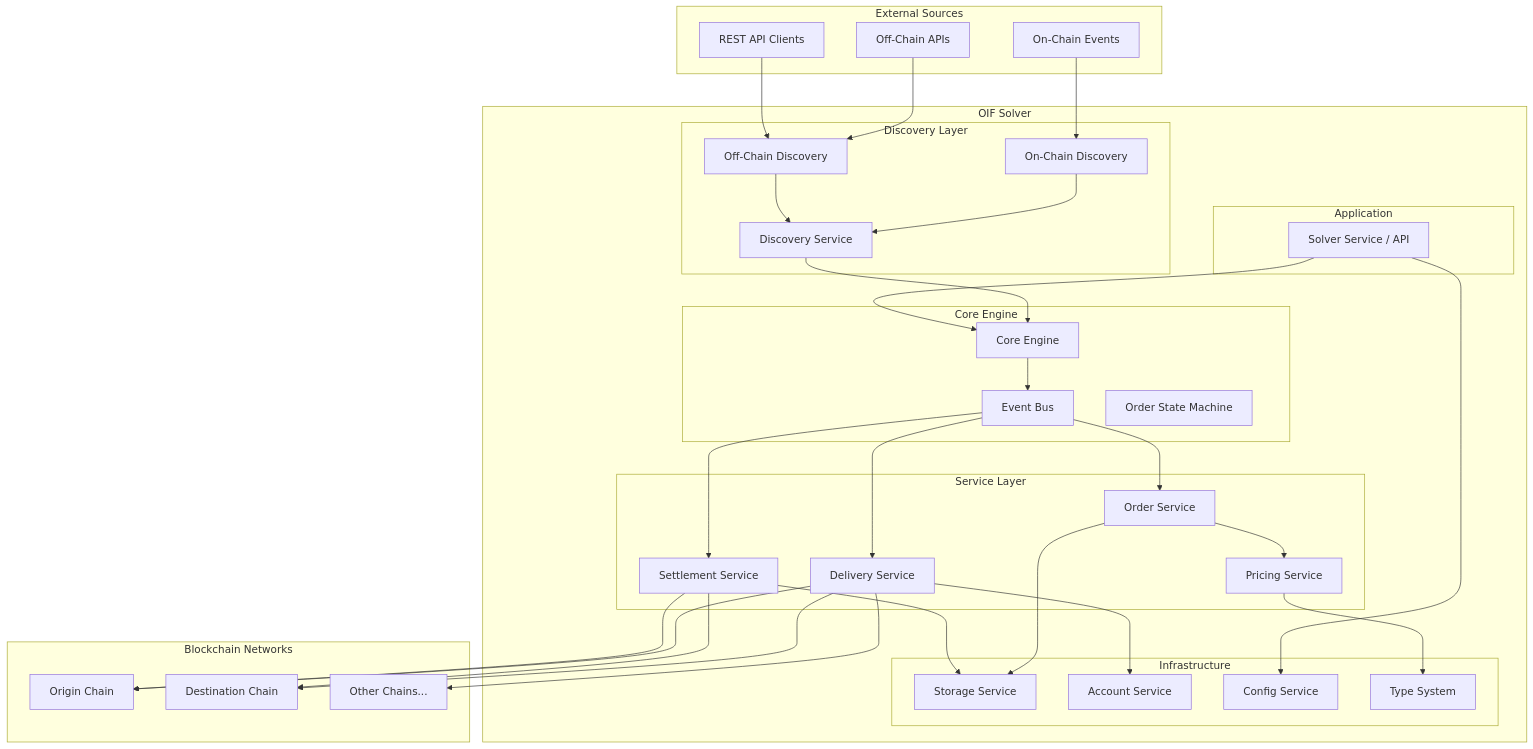
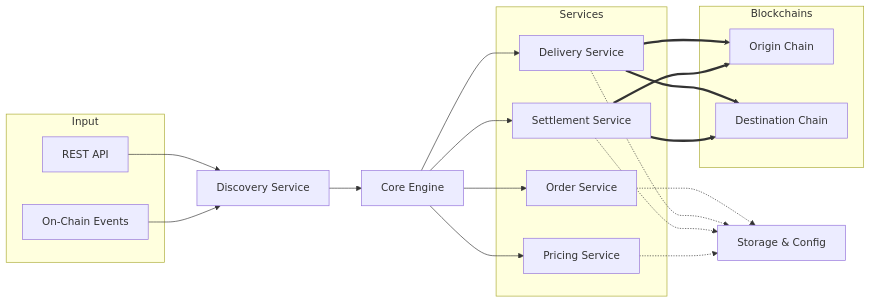
The first of 4 diagrams in content/docs/solvers/architecture.mdx (openintentsframework/oif-docs), drawn with Mermaid before and after one commit. The commit also changed 7 other files, not shown here.

````diff
--- a/content/docs/solvers/architecture.mdx
+++ b/content/docs/solvers/architecture.mdx
@@ -34,75 +34,42 @@
 ```mermaid
-graph TB
-    subgraph "External Sources"
-        OnChain[On-Chain Events]
-        OffChain[Off-Chain APIs]
-        RestAPI[REST API Clients]
+graph LR
+    subgraph "Input"
+        API[REST API]
+        Events[On-Chain Events]
     end
 
-    subgraph "OIF Solver"
-        subgraph "Discovery Layer"
-            DiscoveryService[Discovery Service]
-            OnChainDisc[On-Chain Discovery]
-            OffChainDisc[Off-Chain Discovery]
-        end
-
-        subgraph "Core Engine"
-            CoreEngine[Core Engine]
-            EventBus[Event Bus]
-            StateMachine[Order State Machine]
-        end
-
-        subgraph "Service Layer"
-            OrderService[Order Service]
-            DeliveryService[Delivery Service]
-            SettlementService[Settlement Service]
-            PricingService[Pricing Service]
-        end
-
-        subgraph "Infrastructure"
-            StorageService[Storage Service]
-            AccountService[Account Service]
-            ConfigService[Config Service]
-            TypeSystem[Type System]
-        end
-
-        subgraph "Application"
-            SolverService[Solver Service / API]
-        end
+    Discovery[Discovery Service]
+    Core[Core Engine]
+    
+    subgraph "Services"
+        Order[Order Service]
+        Delivery[Delivery Service]
+        Settlement[Settlement Service]
+        Pricing[Pricing Service]
+    end
+    
+    Storage[Storage & Config]
+    
+    subgraph "Blockchains"
+        Origin[Origin Chain]
+        Dest[Destination Chain]
     end
 
-    subgraph "Blockchain Networks"
-        OriginChain[Origin Chain]
-        DestChain[Destination Chain]
-        OtherChains[Other Chains...]
-    end
-
-    OnChain --> OnChainDisc
-    OffChain --> OffChainDisc
-    RestAPI --> OffChainDisc
-
-    OnChainDisc --> DiscoveryService
-    OffChainDisc --> DiscoveryService
-    DiscoveryService --> CoreEngine
-
-    CoreEngine --> EventBus
-    EventBus --> OrderService
-    EventBus --> DeliveryService
-    EventBus --> SettlementService
-
-    OrderService --> StorageService
-    OrderService --> PricingService
-    DeliveryService --> AccountService
-    SettlementService --> StorageService
-    PricingService --> TypeSystem
-
-    SolverService --> CoreEngine
-    SolverService --> ConfigService
-
-    DeliveryService --> OriginChain
-    DeliveryService --> DestChain
-    DeliveryService --> OtherChains
-
-    SettlementService --> OriginChain
-    SettlementService --> DestChain
+    API --> Discovery
+    Events --> Discovery
+    Discovery --> Core
+    Core --> Order
+    Core --> Delivery
+    Core --> Settlement
+    Core --> Pricing
+    
+    Order -.-> Storage
+    Delivery -.-> Storage
+    Settlement -.-> Storage
+    Pricing -.-> Storage
+    
+    Delivery ==> Origin
+    Delivery ==> Dest
+    Settlement ==> Origin
+    Settlement ==> Dest
 ```
````
